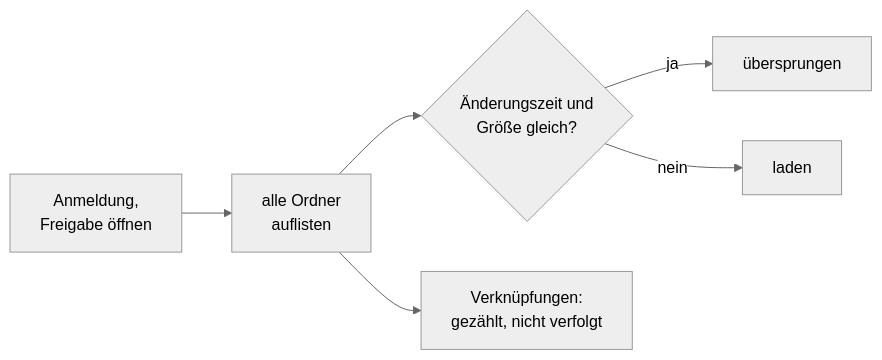
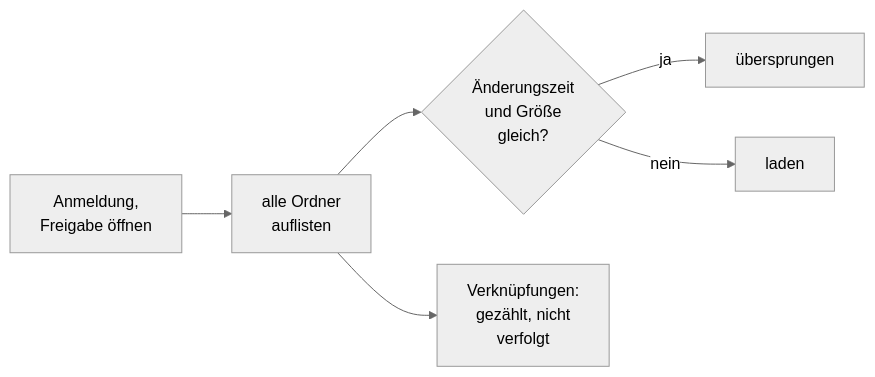
Before and after one commit to criew/opaa: the second of 2 diagrams in docs/handbuch/konnektoren/smb.md, drawn with Mermaid (neutral theme). The commit also changed other lines of this file and 13 other files, not shown here.

First line of the commit message:
docs(handbuch): Mermaid-Beschriftungen umbrechen und Verweise auf Konnektor-Abschnitte nachziehen

````diff
--- a/docs/handbuch/konnektoren/smb.md
+++ b/docs/handbuch/konnektoren/smb.md
@@ -73,8 +73,8 @@
 ```mermaid
 flowchart LR
     A[Anmeldung,<br/>Freigabe öffnen] --> B[alle Ordner<br/>auflisten]
-    B --> C{Änderungszeit und<br/>Größe gleich?}
+    B --> C{Änderungszeit<br/>und Größe<br/>gleich?}
     C -- ja --> S[übersprungen]
     C -- nein --> F[laden]
-    B --> L[Verknüpfungen:<br/>gezählt, nicht verfolgt]
+    B --> L[Verknüpfungen:<br/>gezählt, nicht<br/>verfolgt]
 ```
````
